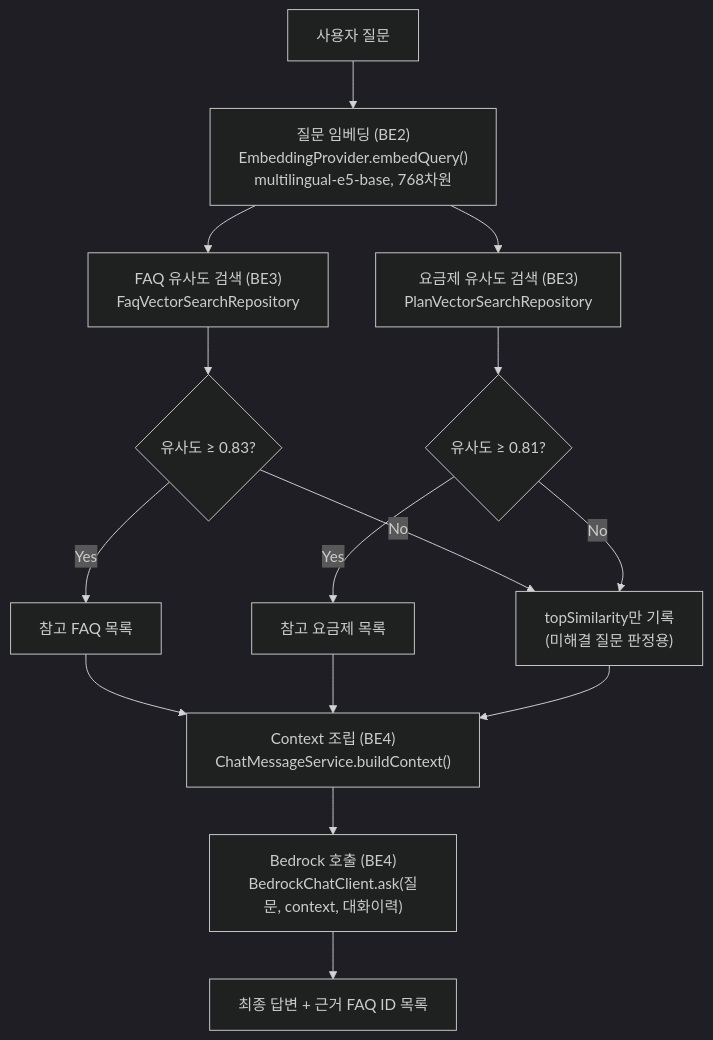
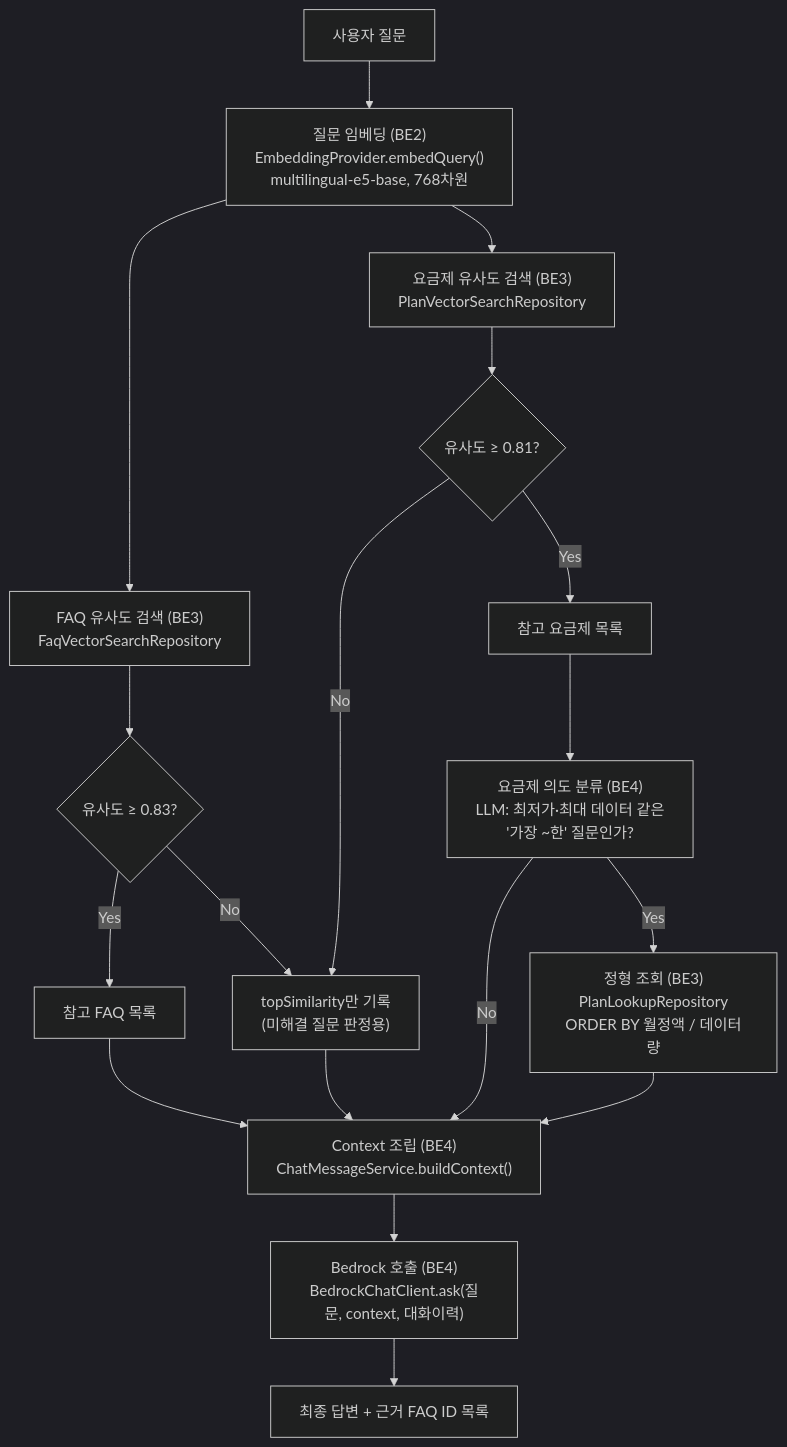
Before and after one commit to VITA-500/Vita-BE: the diagram in README.md, drawn with Mermaid (dark theme). The commit also changed other lines of this file, not shown here.

````diff
--- a/README.md
+++ b/README.md
@@ -212,17 +218,20 @@
 ```mermaid
 flowchart TD
     A[사용자 질문] --> B["질문 임베딩 (BE2)<br/>EmbeddingProvider.embedQuery()<br/>multilingual-e5-base, 768차원"]
     B --> C1["FAQ 유사도 검색 (BE3)<br/>FaqVectorSearchRepository"]
     B --> C2["요금제 유사도 검색 (BE3)<br/>PlanVectorSearchRepository"]
     C1 --> D1{"유사도 ≥ 0.83?"}
     C2 --> D2{"유사도 ≥ 0.81?"}
     D1 -->|Yes| E1[참고 FAQ 목록]
     D1 -->|No| F["topSimilarity만 기록<br/>(미해결 질문 판정용)"]
     D2 -->|Yes| E2[참고 요금제 목록]
     D2 -->|No| F
     E1 --> G["Context 조립 (BE4)<br/>ChatMessageService.buildContext()"]
-    E2 --> G
     F --> G
+    E2 --> X["요금제 의도 분류 (BE4)<br/>LLM: 최저가·최대 데이터 같은<br/>'가장 ~한' 질문인가?"]
+    X -->|Yes| Y["정형 조회 (BE3)<br/>PlanLookupRepository<br/>ORDER BY 월정액 / 데이터량"]
+    X -->|No| G
+    Y --> G
     G --> H["Bedrock 호출 (BE4)<br/>BedrockChatClient.ask(질문, context, 대화이력)"]
     H --> I[최종 답변 + 근거 FAQ ID 목록]
 ```
````
